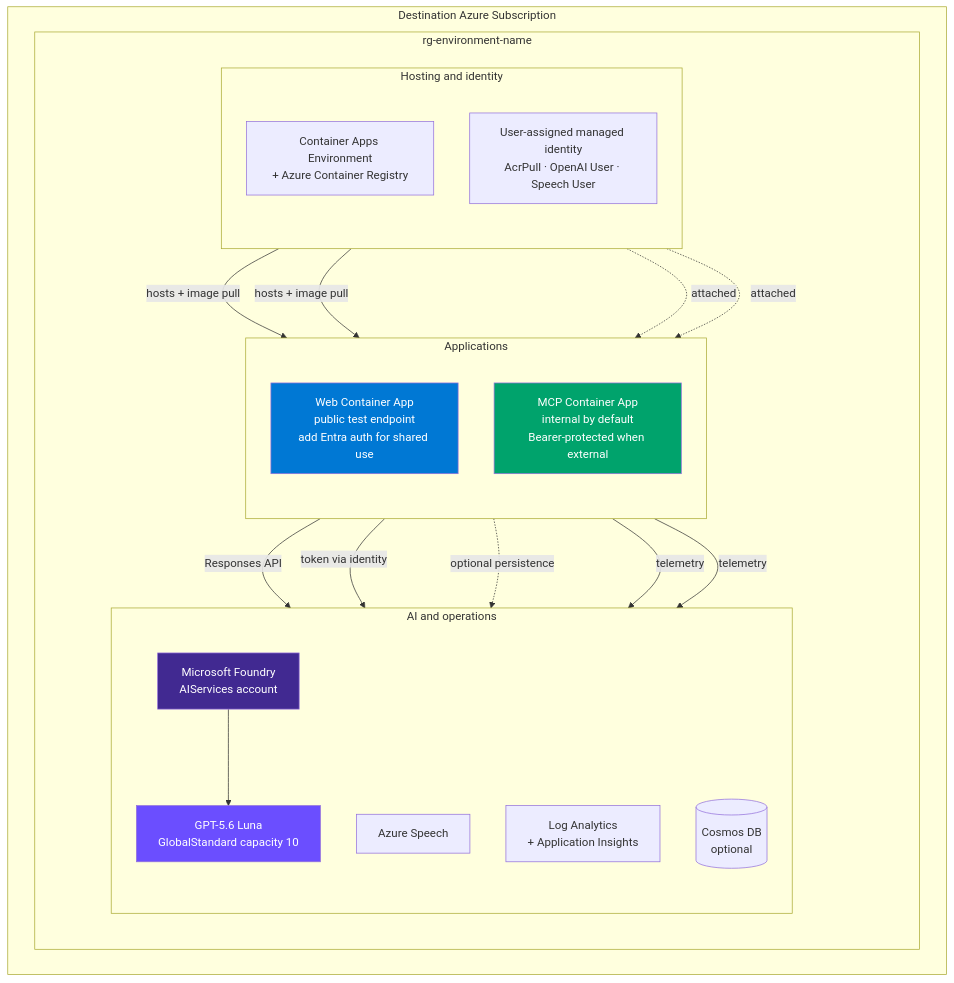
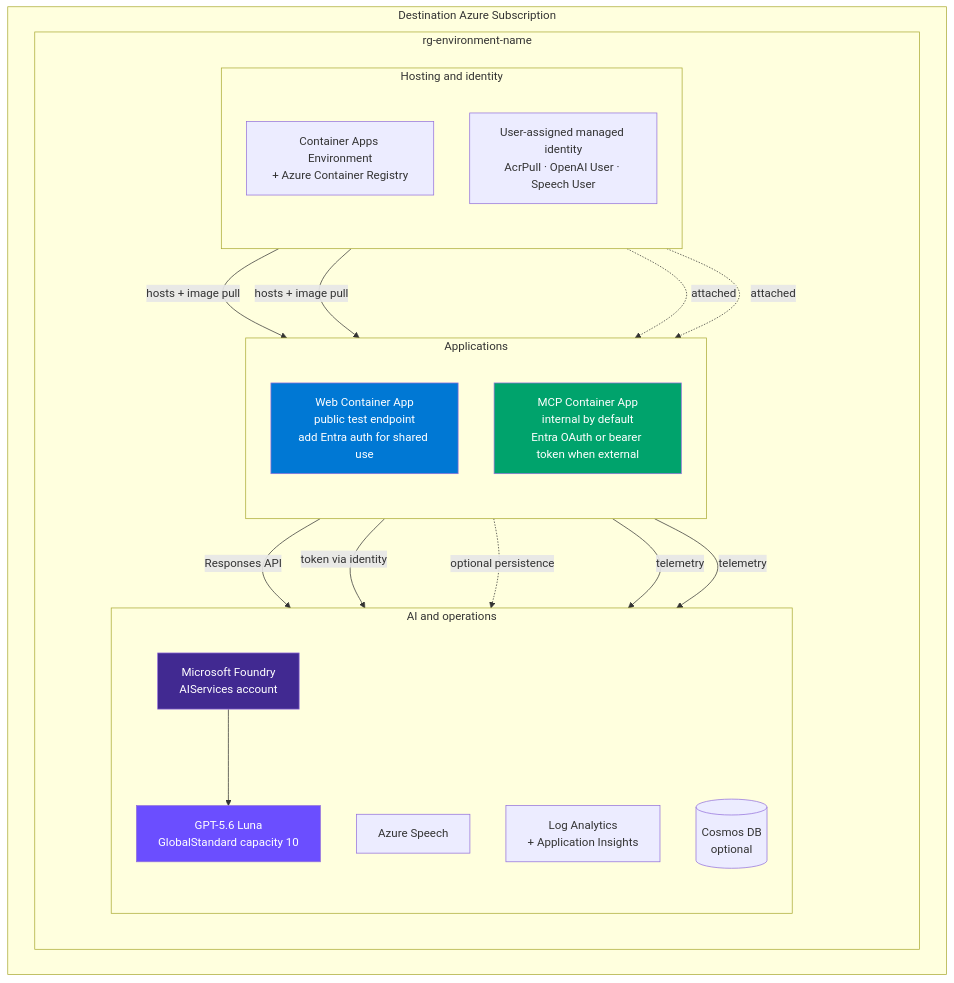
Before and after one commit to Arturo-Quiroga-MSFT/azure-architecture-diagram-builder: the fourth of 4 diagrams in README.md, drawn with Mermaid. The commit also changed other lines of this file and 10 other files, not shown here.

First line of the commit message:
Sign in to the remote MCP server with Microsoft Entra (OAuth 2.1)

````diff
--- a/README.md
+++ b/README.md
@@ -489,45 +490,45 @@
 ```mermaid
 flowchart TB
   subgraph Subscription["Destination Azure Subscription"]
     subgraph RG["rg-environment-name"]
       direction TB
 
       subgraph Platform["Hosting and identity"]
         direction TB
         Hosting[Container Apps Environment<br/>+ Azure Container Registry]
         Identity[User-assigned managed identity<br/>AcrPull · OpenAI User · Speech User]
       end
 
       subgraph Apps["Applications"]
         direction TB
         Web[Web Container App<br/>public test endpoint<br/>add Entra auth for shared use]
-        MCP[MCP Container App<br/>internal by default<br/>Bearer-protected when external]
+        MCP[MCP Container App<br/>internal by default<br/>Entra OAuth or bearer token when external]
       end
 
       subgraph Dependencies["AI and operations"]
         direction TB
         Foundry[Microsoft Foundry<br/>AIServices account]
         Luna[GPT-5.6 Luna<br/>GlobalStandard capacity 10]
         Speech[Azure Speech]
         Monitor[Log Analytics<br/>+ Application Insights]
         Cosmos[(Cosmos DB<br/>optional)]
         Foundry --> Luna
       end
 
       Hosting -->|hosts + image pull| Web
       Hosting -->|hosts + image pull| MCP
       Identity -. attached .-> Web
       Identity -. attached .-> MCP
       Web -->|Responses API| Luna
       Web -->|token via identity| Speech
       Web -. optional persistence .-> Cosmos
       Web -->|telemetry| Monitor
       MCP -->|telemetry| Monitor
     end
   end
 
   style Foundry fill:#412991,color:#fff
   style Luna fill:#6B4EFF,color:#fff
   style Web fill:#0078D4,color:#fff
   style MCP fill:#00A36C,color:#fff
 ```
````
